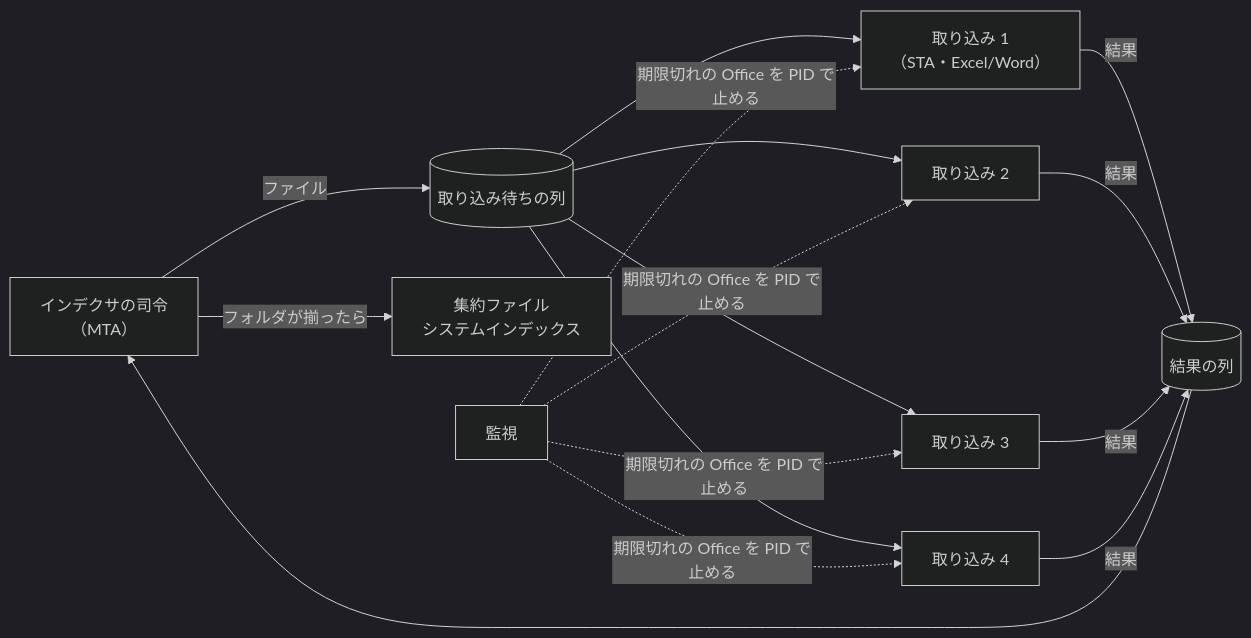
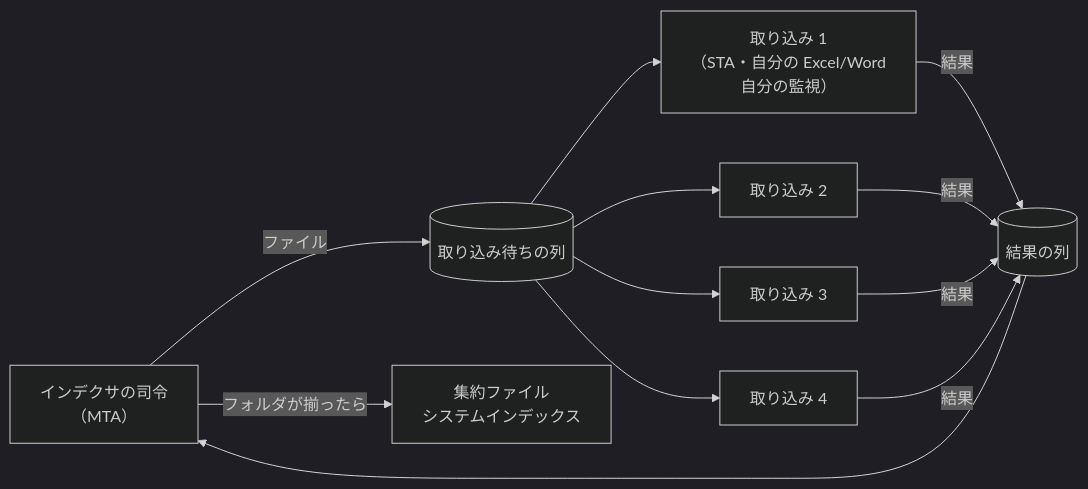
One commit to hsgwa/tebunko changed the first of 2 diagrams in docs/00_共通_4_プロセスとスレッド.md. Above: the diagram before and after it, drawn with Mermaid (dark theme). The commit also changed other lines of this file and 24 other files, not shown here.

````diff
--- a/docs/00_共通_4_プロセスとスレッド.md
+++ b/docs/00_共通_4_プロセスとスレッド.md
@@ -76,12 +81,11 @@
 ```mermaid
 flowchart LR
     C["インデクサの司令<br>（MTA）"] -- ファイル --> Q[("取り込み待ちの列")]
-    Q --> W1["取り込み 1<br>（STA・Excel/Word）"]
+    Q --> W1["取り込み 1<br>（STA・自分の Excel/Word<br>自分の監視）"]
     Q --> W2["取り込み 2"]
     Q --> W3["取り込み 3"]
     Q --> W4["取り込み 4"]
     W1 & W2 & W3 & W4 -- 結果 --> R[("結果の列")]
     R --> C
     C -- フォルダが揃ったら --> P["集約ファイル<br>システムインデックス"]
-    M["監視"] -. 期限切れの Office を PID で止める .-> W1 & W2 & W3 & W4
 ```
````
